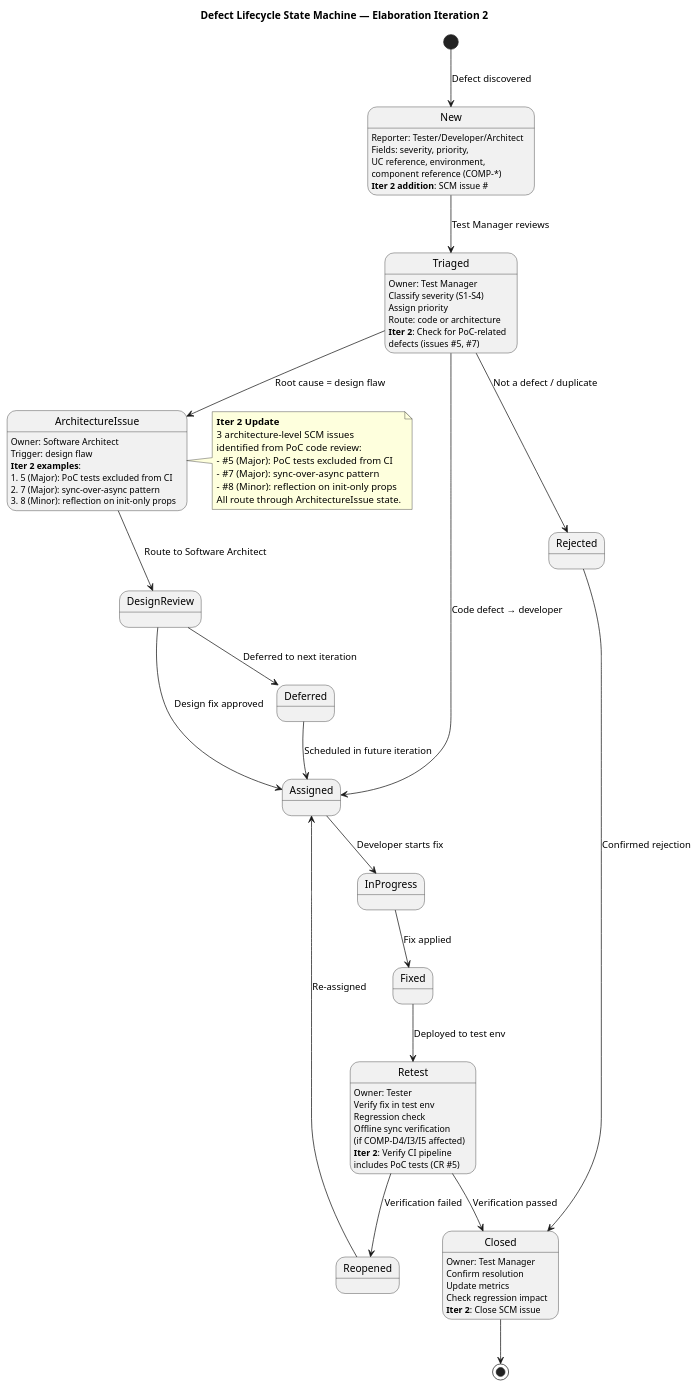
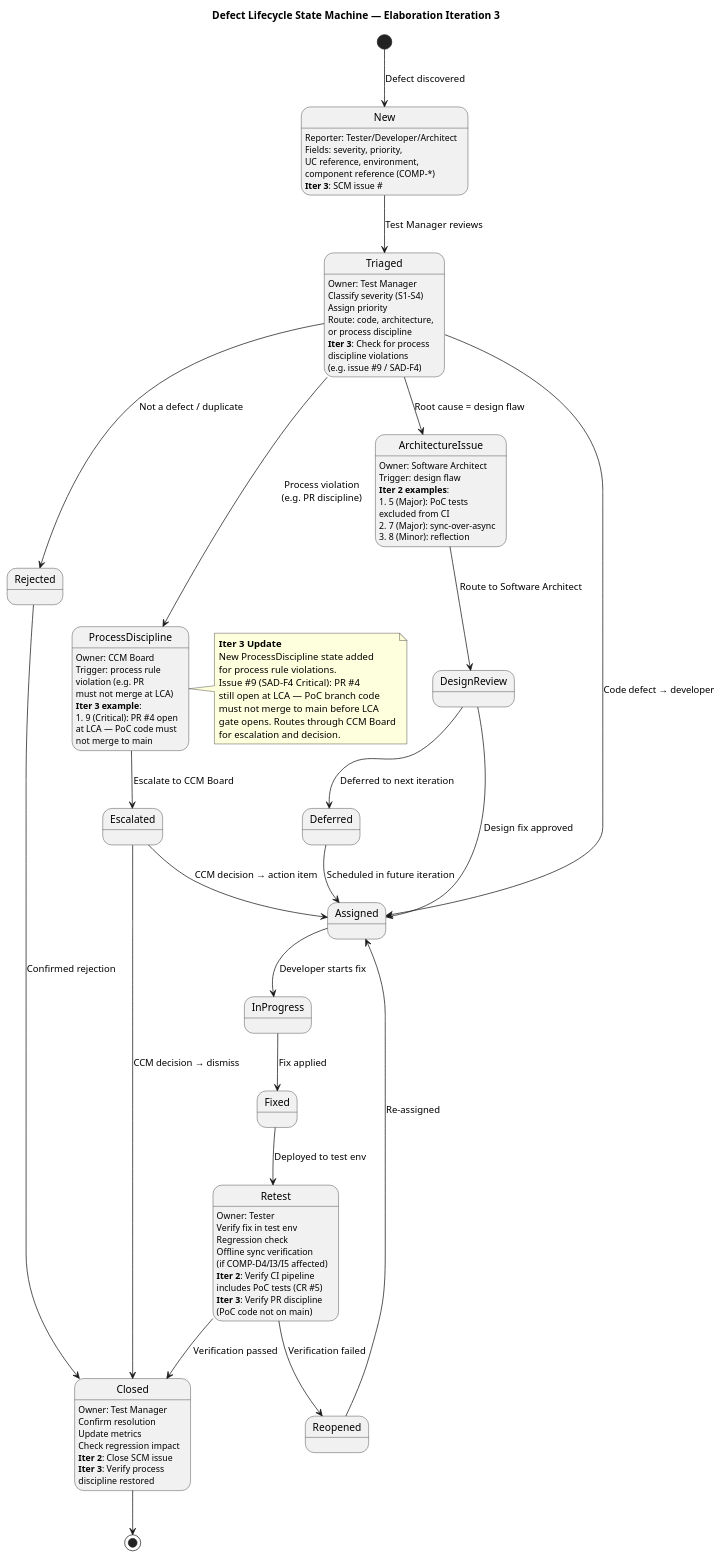
Before and after one commit to banense-test/demo-janke-lab: the second of 2 diagrams in docs/artifacts/test/test-evaluation-summary.md, drawn with PlantUML. The commit also changed other lines of this file, not shown here.

````diff
--- a/docs/artifacts/test/test-evaluation-summary.md
+++ b/docs/artifacts/test/test-evaluation-summary.md
@@ -299,12 +268,17 @@
 ```plantuml
 @startuml
-title Defect Lifecycle State Machine — Elaboration Iteration 2
+title Defect Lifecycle State Machine — Elaboration Iteration 3
 
 [*] --> New : Defect discovered
 New --> Triaged : Test Manager reviews
 Triaged --> Assigned : Code defect → developer
 Triaged --> Rejected : Not a defect / duplicate
 Triaged --> ArchitectureIssue : Root cause = design flaw
+Triaged --> ProcessDiscipline : Process violation\n(e.g. PR discipline)
+
+ProcessDiscipline --> Escalated : Escalate to CCM Board
+Escalated --> Assigned : CCM decision → action item
+Escalated --> Closed : CCM decision → dismiss
 
 ArchitectureIssue --> DesignReview : Route to Software Architect
 DesignReview --> Assigned : Design fix approved
@@ -327,25 +301,39 @@
   New : Fields: severity, priority,
   New :   UC reference, environment,
   New :   component reference (COMP-*)
-  New : **Iter 2 addition**: SCM issue #
+  New : **Iter 3**: SCM issue #
 }
 
 state Triaged {
   Triaged : Owner: Test Manager
   Triaged : Classify severity (S1-S4)
   Triaged : Assign priority
-  Triaged : Route: code or architecture
-  Triaged : **Iter 2**: Check for PoC-related
-  Triaged :   defects (issues #5, #7)
+  Triaged : Route: code, architecture,
+  Triaged :   or process discipline
+  Triaged : **Iter 3**: Check for process
+  Triaged :   discipline violations
+  Triaged :   (e.g. issue #9 / SAD-F4)
+}
+
+state ProcessDiscipline {
+  ProcessDiscipline : Owner: CCM Board
+  ProcessDiscipline : Trigger: process rule
+  ProcessDiscipline :   violation (e.g. PR
+  ProcessDiscipline :   must not merge at LCA)
+  ProcessDiscipline : **Iter 3 example**:
+  ProcessDiscipline :   #9 (Critical): PR #4 open
+  ProcessDiscipline :   at LCA — PoC code must
+  ProcessDiscipline :   not merge to main
 }
 
 state ArchitectureIssue {
   ArchitectureIssue : Owner: Software Architect
   ArchitectureIssue : Trigger: design flaw
   ArchitectureIssue : **Iter 2 examples**:
-  ArchitectureIssue :   #5 (Major): PoC tests excluded from CI
-  ArchitectureIssue :   #7 (Major): sync-over-async pattern
-  ArchitectureIssue :   #8 (Minor): reflection on init-only props
+  ArchitectureIssue :   #5 (Major): PoC tests
+  ArchitectureIssue :     excluded from CI
+  ArchitectureIssue :   #7 (Major): sync-over-async
+  ArchitectureIssue :   #8 (Minor): reflection
 }
 
 state Retest {
@@ -356,6 +344,8 @@
   Retest :   (if COMP-D4/I3/I5 affected)
   Retest : **Iter 2**: Verify CI pipeline
   Retest :   includes PoC tests (CR #5)
+  Retest : **Iter 3**: Verify PR discipline
+  Retest :   (PoC code not on main)
 }
 
 state Closed {
@@ -364,16 +354,19 @@
   Closed : Update metrics
   Closed : Check regression impact
   Closed : **Iter 2**: Close SCM issue
+  Closed : **Iter 3**: Verify process
+  Closed :   discipline restored
 }
 
-note right of ArchitectureIssue
-  **Iter 2 Update**
-  3 architecture-level SCM issues
-  identified from PoC code review:
-  - #5 (Major): PoC tests excluded from CI
-  - #7 (Major): sync-over-async pattern
-  - #8 (Minor): reflection on init-only props
-  All route through ArchitectureIssue state.
+note right of ProcessDiscipline
+  **Iter 3 Update**
+  New ProcessDiscipline state added
+  for process rule violations.
+  Issue #9 (SAD-F4 Critical): PR #4
+  still open at LCA — PoC branch code
+  must not merge to main before LCA
+  gate opens. Routes through CCM Board
+  for escalation and decision.
 end note
 
 @enduml
````
